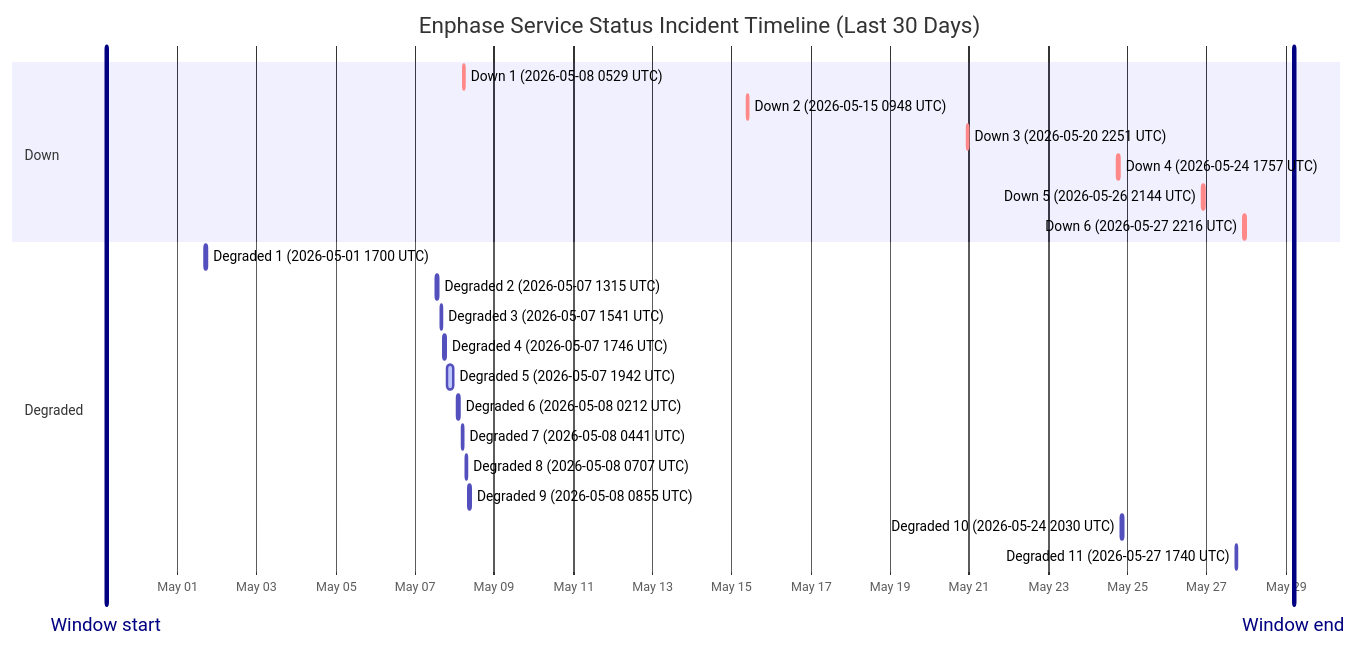
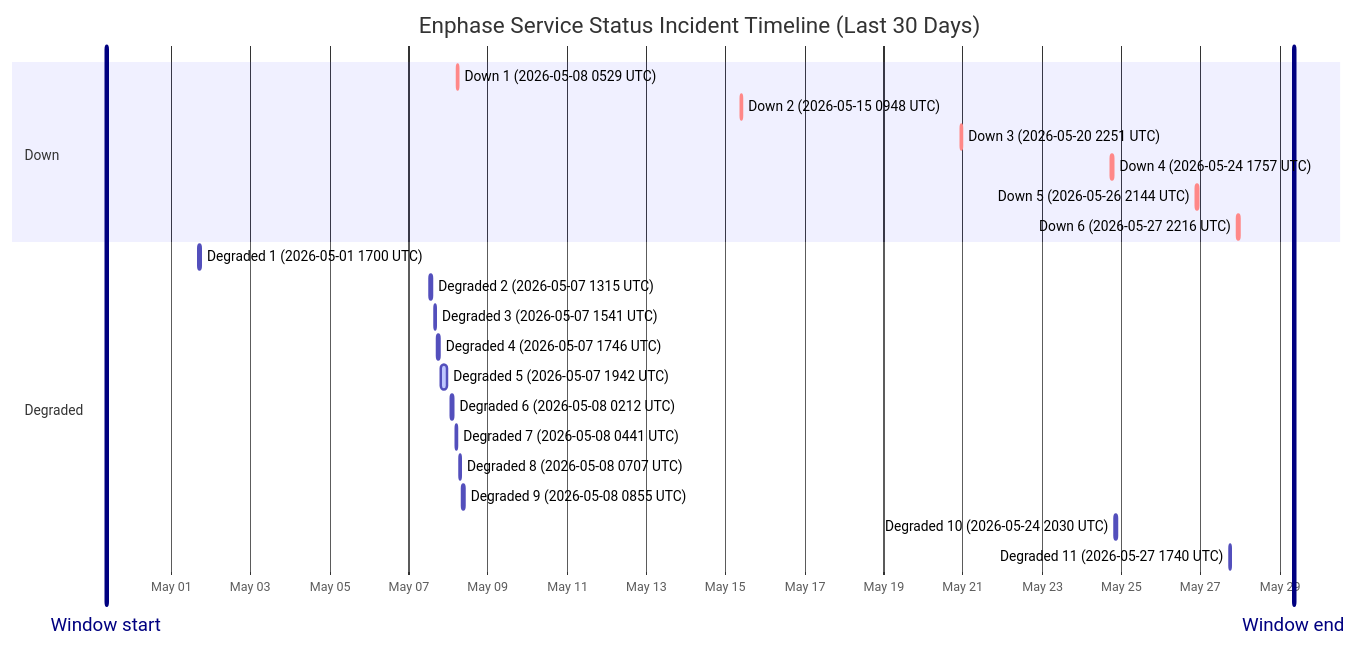
One commit to barneyonline/ha-enphase-ev-charger changed the diagram in wiki/Service-Status-History.md. Above: the diagram before and after it, drawn with Mermaid. The commit also changed other lines of this file and 3 other files, not shown here.

````diff
--- a/wiki/Service-Status-History.md
+++ b/wiki/Service-Status-History.md
@@ -14,27 +14,27 @@
 ```mermaid
 gantt
     title Enphase Service Status Incident Timeline (Last 30 Days)
     dateFormat  YYYY-MM-DDTHH:mm:ss
     axisFormat  %b %d
-    Window start :vert, window-start, 2026-04-29T04:52:36, 0ms
-    Window end :vert, window-end, 2026-05-29T04:52:36, 0ms
+    Window start :vert, window-start, 2026-04-29T08:41:00, 0ms
+    Window end :vert, window-end, 2026-05-29T08:41:00, 0ms
     section Down
     Down 1 (2026-05-08 0529 UTC) :crit, down-1, 2026-05-08T05:29:47, 60m
     Down 2 (2026-05-15 0948 UTC) :crit, down-2, 2026-05-15T09:48:18, 60m
     Down 3 (2026-05-20 2251 UTC) :crit, down-3, 2026-05-20T22:51:14, 75m
     Down 4 (2026-05-24 1757 UTC) :crit, down-4, 2026-05-24T17:57:41, 86m
     Down 5 (2026-05-26 2144 UTC) :crit, down-5, 2026-05-26T21:44:11, 85m
     Down 6 (2026-05-27 2216 UTC) :crit, down-6, 2026-05-27T22:16:53, 87m
     section Degraded
     Degraded 1 (2026-05-01 1700 UTC) :active, degraded-1, 2026-05-01T17:00:22, 60m
     Degraded 2 (2026-05-07 1315 UTC) :active, degraded-2, 2026-05-07T13:15:25, 60m
     Degraded 3 (2026-05-07 1541 UTC) :active, degraded-3, 2026-05-07T15:41:58, 60m
     Degraded 4 (2026-05-07 1746 UTC) :active, degraded-4, 2026-05-07T17:46:51, 60m
     Degraded 5 (2026-05-07 1942 UTC) :active, degraded-5, 2026-05-07T19:42:10, 249m
     Degraded 6 (2026-05-08 0212 UTC) :active, degraded-6, 2026-05-08T02:12:39, 60m
     Degraded 7 (2026-05-08 0441 UTC) :active, degraded-7, 2026-05-08T04:41:46, 60m
     Degraded 8 (2026-05-08 0707 UTC) :active, degraded-8, 2026-05-08T07:07:30, 60m
     Degraded 9 (2026-05-08 0855 UTC) :active, degraded-9, 2026-05-08T08:55:20, 88m
     Degraded 10 (2026-05-24 2030 UTC) :active, degraded-10, 2026-05-24T20:30:57, 84m
     Degraded 11 (2026-05-27 1740 UTC) :active, degraded-11, 2026-05-27T17:40:52, 60m
 ```
````
